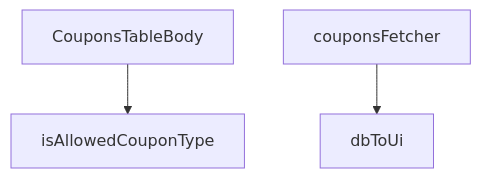
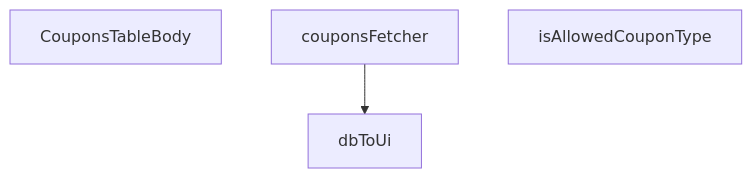
One commit to peckop/venthub-hvac-esite changed the diagram in src/views/admin/CouponsTableBody.md. Above: the diagram before and after it, drawn with Mermaid. The commit also changed other lines of this file and 429 other files, not shown here.

````diff
--- a/src/views/admin/CouponsTableBody.md
+++ b/src/views/admin/CouponsTableBody.md
@@ -183,9 +212,8 @@
 ```mermaid
 graph TD
     CouponsTableBody_tsx__CouponsTableBody["CouponsTableBody"]
     CouponsTableBody_tsx__couponsFetcher["couponsFetcher"]
     CouponsTableBody_tsx__dbToUi["dbToUi"]
     CouponsTableBody_tsx__isAllowedCouponType["isAllowedCouponType"]
-    CouponsTableBody_tsx__CouponsTableBody --> CouponsTableBody_tsx__isAllowedCouponType
     CouponsTableBody_tsx__couponsFetcher --> CouponsTableBody_tsx__dbToUi
 ```
````
